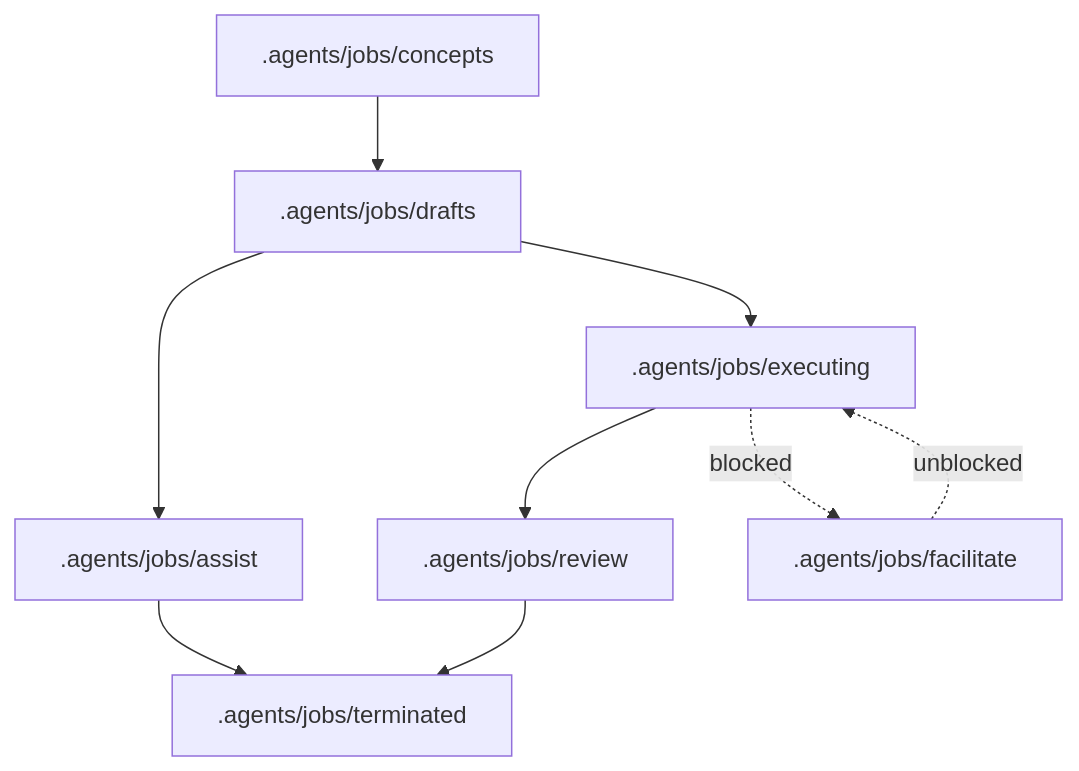
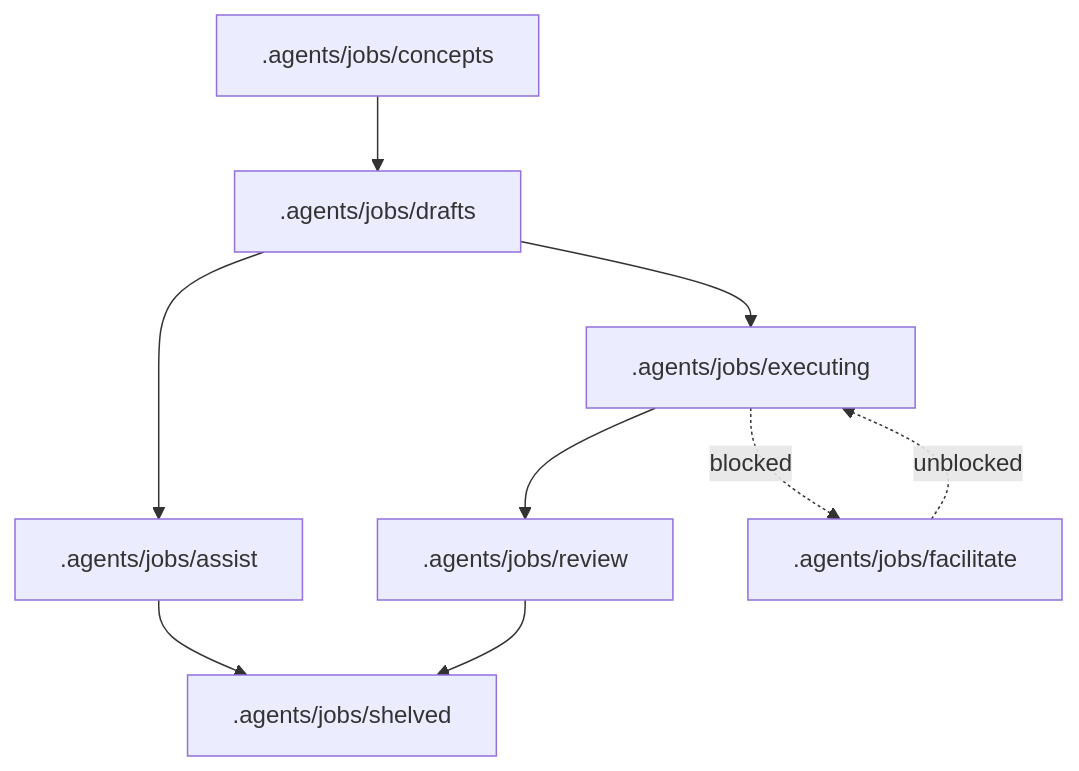
One commit to ahumandev/autocode changed the first of 2 diagrams in README.md. Above: the diagram before and after it, drawn with Mermaid. The commit also changed other lines of this file and 21 other files, not shown here.

First line of the commit message:
feat(jobs)! - add shelved lifecycle flow

````diff
--- a/README.md
+++ b/README.md
@@ -87,11 +87,11 @@
 ```mermaid
 flowchart TD
   Concepts[.agents/jobs/concepts] --> Drafts[.agents/jobs/drafts]
   Drafts --> Assist[.agents/jobs/assist]
   Drafts --> Executing[.agents/jobs/executing]
   Executing --> Review[.agents/jobs/review]
   Executing -.blocked.-> Facilitate[.agents/jobs/facilitate]
   Facilitate -.unblocked.-> Executing
-  Assist --> Terminated[.agents/jobs/terminated]
-  Review --> Terminated
+  Assist --> Shelved[.agents/jobs/shelved]
+  Review --> Shelved
 ```
````
